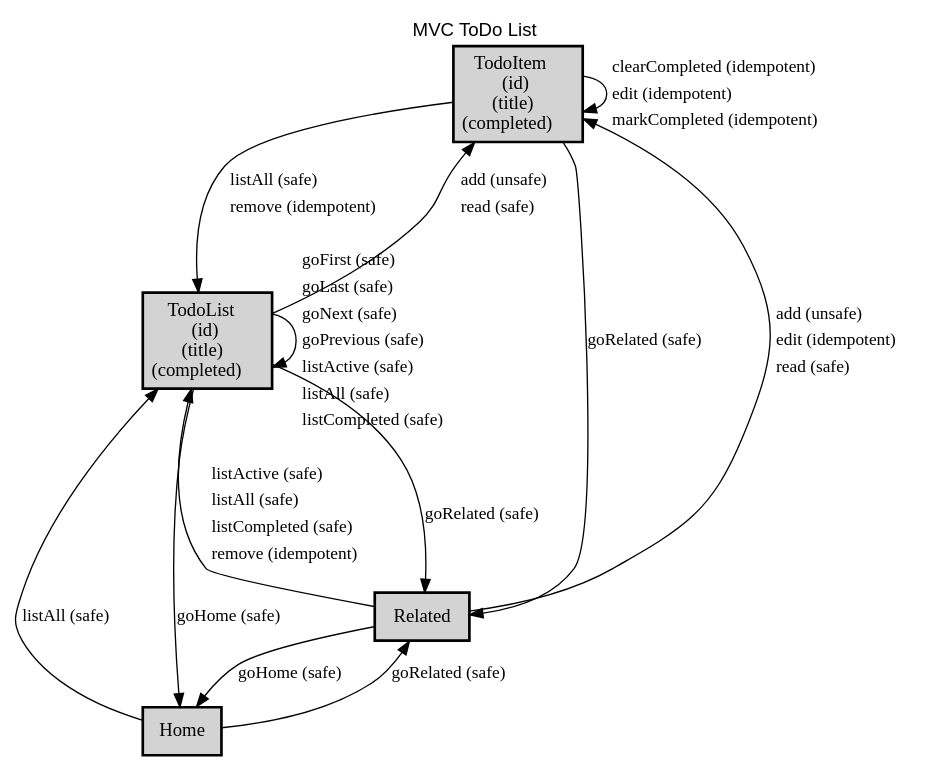
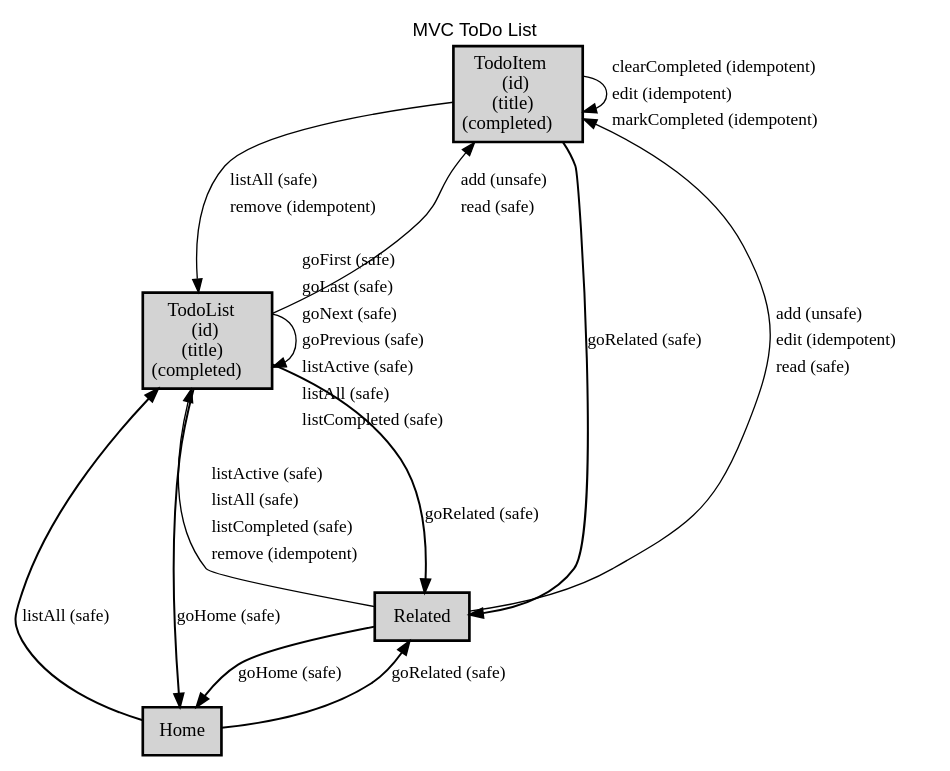
Before and after one commit to alps-asd/app-state-diagram: the diagram in docs/todomvc/profile.dot, drawn with Graphviz. The commit also changed 39 other files, not shown here.

```diff
--- a/docs/todomvc/profile.dot
+++ b/docs/todomvc/profile.dot
@@ -1,29 +1,29 @@
 digraph application_state_diagram {
   graph [
     labelloc="t";
     fontname="Helvetica"
     label="MVC ToDo List";
     URL="index.html" target="_parent"
   ];
   node [shape = box, style = "bold,filled" fillcolor="lightgray"];
 
-    TodoItem [margin=0.02, label=<<table cellspacing="0" cellpadding="5" border="0"><tr><td>TodoItem<br />(id)<br />(title)<br />(completed)<br /></td></tr></table>>,shape=box URL="docs/semantic.TodoItem.html" target="_parent"]
-    TodoList [margin=0.02, label=<<table cellspacing="0" cellpadding="5" border="0"><tr><td>TodoList<br />(id)<br />(title)<br />(completed)<br /></td></tr></table>>,shape=box URL="docs/semantic.TodoList.html" target="_parent"]
+    TodoItem [margin=0.02, label=<<table cellspacing="0" cellpadding="5" border="0"><tr><td>TodoItem<br />(id)<br />(title)<br />(completed)<br /></td></tr></table>>,shape=box URL="#TodoItem" target="_parent"]
+    TodoList [margin=0.02, label=<<table cellspacing="0" cellpadding="5" border="0"><tr><td>TodoList<br />(id)<br />(title)<br />(completed)<br /></td></tr></table>>,shape=box URL="#TodoList" target="_parent"]
 
-    Home -> Related [label = <goRelated (safe)> URL="docs/safe.goRelated.html" target="_parent" fontsize=13];
-    Home -> TodoList [label = <listAll (safe)> URL="docs/safe.listAll.html" target="_parent" fontsize=13];
-    Related -> Home [label = <goHome (safe)> URL="docs/safe.goHome.html" target="_parent" fontsize=13];
-    Related -> TodoItem [label=<<table border="0"><tr><td align="left" href="docs/unsafe.add.html" tooltip="add (unsafe)" >add (unsafe)</td></tr><tr><td align="left" href="docs/idempotent.edit.html" tooltip="edit (idempotent)" >edit (idempotent)</td></tr><tr><td align="left" href="docs/safe.read.html" tooltip="read (safe)" >read (safe)</td></tr></table>> fontsize=13];
-    Related -> TodoList [label=<<table border="0"><tr><td align="left" href="docs/safe.listActive.html" tooltip="listActive (safe)" >listActive (safe)</td></tr><tr><td align="left" href="docs/safe.listAll.html" tooltip="listAll (safe)" >listAll (safe)</td></tr><tr><td align="left" href="docs/safe.listCompleted.html" tooltip="listCompleted (safe)" >listCompleted (safe)</td></tr><tr><td align="left" href="docs/idempotent.remove.html" tooltip="remove (idempotent)" >remove (idempotent)</td></tr></table>> fontsize=13];
-    TodoItem -> Related [label = <goRelated (safe)> URL="docs/safe.goRelated.html" target="_parent" fontsize=13];
-    TodoItem -> TodoItem [label=<<table border="0"><tr><td align="left" href="docs/idempotent.clearCompleted.html" tooltip="clearCompleted (idempotent)" >clearCompleted (idempotent)</td></tr><tr><td align="left" href="docs/idempotent.edit.html" tooltip="edit (idempotent)" >edit (idempotent)</td></tr><tr><td align="left" href="docs/idempotent.markCompleted.html" tooltip="markCompleted (idempotent)" >markCompleted (idempotent)</td></tr></table>> fontsize=13];
-    TodoItem -> TodoList [label=<<table border="0"><tr><td align="left" href="docs/safe.listAll.html" tooltip="listAll (safe)" >listAll (safe)</td></tr><tr><td align="left" href="docs/idempotent.remove.html" tooltip="remove (idempotent)" >remove (idempotent)</td></tr></table>> fontsize=13];
-    TodoList -> Home [label = <goHome (safe)> URL="docs/safe.goHome.html" target="_parent" fontsize=13];
-    TodoList -> Related [label = <goRelated (safe)> URL="docs/safe.goRelated.html" target="_parent" fontsize=13];
-    TodoList -> TodoItem [label=<<table border="0"><tr><td align="left" href="docs/unsafe.add.html" tooltip="add (unsafe)" >add (unsafe)</td></tr><tr><td align="left" href="docs/safe.read.html" tooltip="read (safe)" >read (safe)</td></tr></table>> fontsize=13];
-    TodoList -> TodoList [label=<<table border="0"><tr><td align="left" href="docs/safe.goFirst.html" tooltip="goFirst (safe)" >goFirst (safe)</td></tr><tr><td align="left" href="docs/safe.goLast.html" tooltip="goLast (safe)" >goLast (safe)</td></tr><tr><td align="left" href="docs/safe.goNext.html" tooltip="goNext (safe)" >goNext (safe)</td></tr><tr><td align="left" href="docs/safe.goPrevious.html" tooltip="goPrevious (safe)" >goPrevious (safe)</td></tr><tr><td align="left" href="docs/safe.listActive.html" tooltip="listActive (safe)" >listActive (safe)</td></tr><tr><td align="left" href="docs/safe.listAll.html" tooltip="listAll (safe)" >listAll (safe)</td></tr><tr><td align="left" href="docs/safe.listCompleted.html" tooltip="listCompleted (safe)" >listCompleted (safe)</td></tr></table>> fontsize=13];
+    Home -> Related [label = <goRelated (safe)> URL="#goRelated" target="_parent" fontsize=13 class="goRelated" penwidth=1.5];
+    Home -> TodoList [label = <listAll (safe)> URL="#listAll" target="_parent" fontsize=13 class="listAll" penwidth=1.5];
+    Related -> Home [label = <goHome (safe)> URL="#goHome" target="_parent" fontsize=13 class="goHome" penwidth=1.5];
+    Related -> TodoItem [label=<<table border="0"><tr><td align="left" href="#add" tooltip="add (unsafe)" >add (unsafe)</td></tr><tr><td align="left" href="#edit" tooltip="edit (idempotent)" >edit (idempotent)</td></tr><tr><td align="left" href="#read" tooltip="read (safe)" >read (safe)</td></tr></table>> fontsize=13];
+    Related -> TodoList [label=<<table border="0"><tr><td align="left" href="#listActive" tooltip="listActive (safe)" >listActive (safe)</td></tr><tr><td align="left" href="#listAll" tooltip="listAll (safe)" >listAll (safe)</td></tr><tr><td align="left" href="#listCompleted" tooltip="listCompleted (safe)" >listCompleted (safe)</td></tr><tr><td align="left" href="#remove" tooltip="remove (idempotent)" >remove (idempotent)</td></tr></table>> fontsize=13];
+    TodoItem -> Related [label = <goRelated (safe)> URL="#goRelated" target="_parent" fontsize=13 class="goRelated" penwidth=1.5];
+    TodoItem -> TodoItem [label=<<table border="0"><tr><td align="left" href="#clearCompleted" tooltip="clearCompleted (idempotent)" >clearCompleted (idempotent)</td></tr><tr><td align="left" href="#edit" tooltip="edit (idempotent)" >edit (idempotent)</td></tr><tr><td align="left" href="#markCompleted" tooltip="markCompleted (idempotent)" >markCompleted (idempotent)</td></tr></table>> fontsize=13];
+    TodoItem -> TodoList [label=<<table border="0"><tr><td align="left" href="#listAll" tooltip="listAll (safe)" >listAll (safe)</td></tr><tr><td align="left" href="#remove" tooltip="remove (idempotent)" >remove (idempotent)</td></tr></table>> fontsize=13];
+    TodoList -> Home [label = <goHome (safe)> URL="#goHome" target="_parent" fontsize=13 class="goHome" penwidth=1.5];
+    TodoList -> Related [label = <goRelated (safe)> URL="#goRelated" target="_parent" fontsize=13 class="goRelated" penwidth=1.5];
+    TodoList -> TodoItem [label=<<table border="0"><tr><td align="left" href="#add" tooltip="add (unsafe)" >add (unsafe)</td></tr><tr><td align="left" href="#read" tooltip="read (safe)" >read (safe)</td></tr></table>> fontsize=13];
+    TodoList -> TodoList [label=<<table border="0"><tr><td align="left" href="#goFirst" tooltip="goFirst (safe)" >goFirst (safe)</td></tr><tr><td align="left" href="#goLast" tooltip="goLast (safe)" >goLast (safe)</td></tr><tr><td align="left" href="#goNext" tooltip="goNext (safe)" >goNext (safe)</td></tr><tr><td align="left" href="#goPrevious" tooltip="goPrevious (safe)" >goPrevious (safe)</td></tr><tr><td align="left" href="#listActive" tooltip="listActive (safe)" >listActive (safe)</td></tr><tr><td align="left" href="#listAll" tooltip="listAll (safe)" >listAll (safe)</td></tr><tr><td align="left" href="#listCompleted" tooltip="listCompleted (safe)" >listCompleted (safe)</td></tr></table>> fontsize=13];
 
-    Home [label = <Home> URL="docs/semantic.Home.html" target="_parent"]
-    Related [label = <Related> URL="docs/semantic.Related.html" target="_parent"]
+    Home [label = <Home> URL="#Home" target="_parent"]
+    Related [label = <Related> URL="#Related" target="_parent"]
 
 }
```
